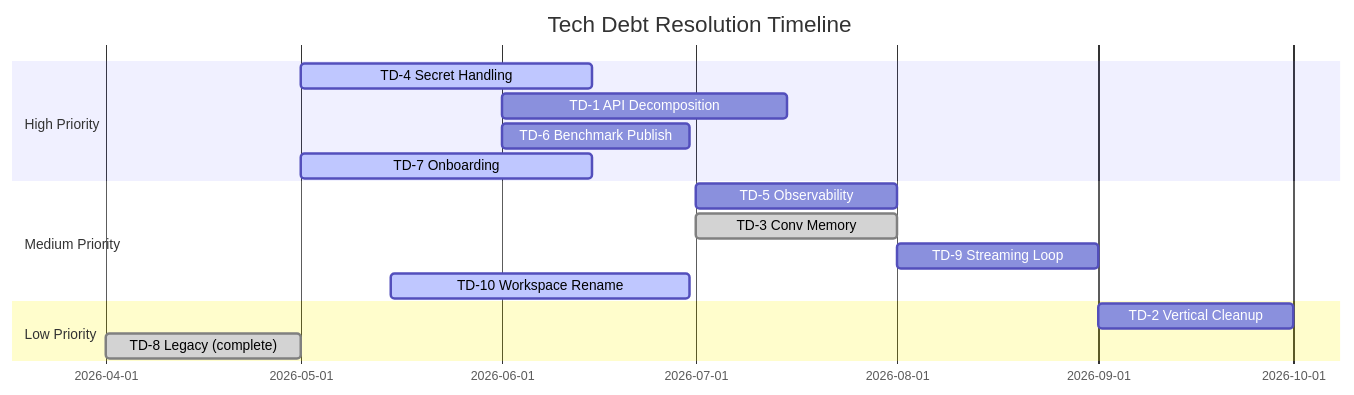
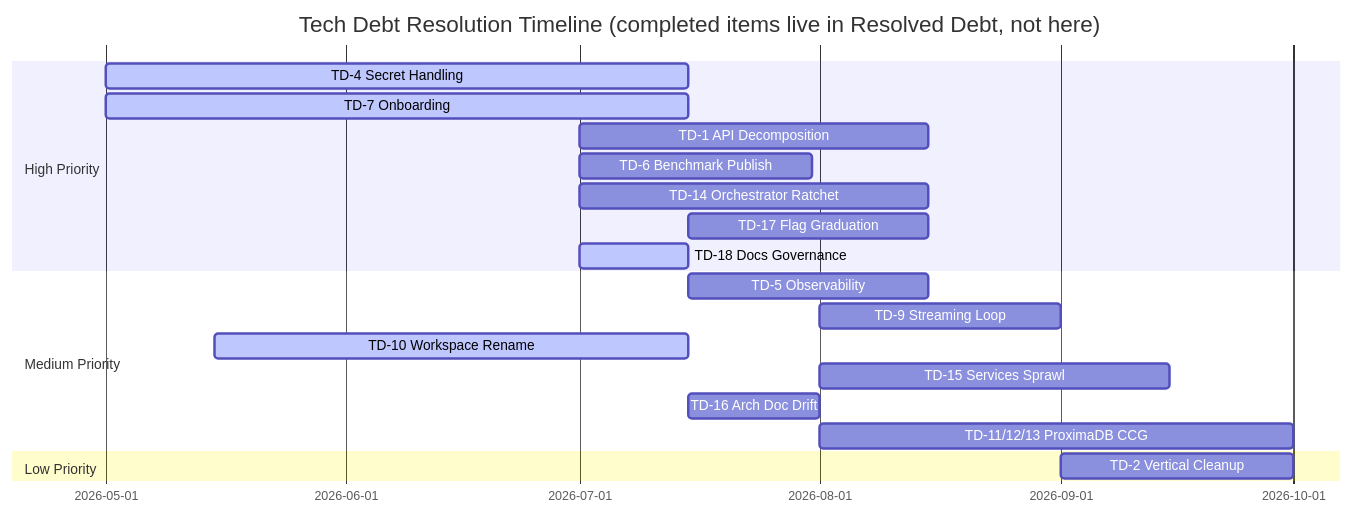
The fourth of 4 diagrams in docs/tech-stack.md (vjsingh1984/victor), drawn with Mermaid before and after one commit. The commit also changed other lines of this file and 9 other files, not shown here.

First line of the commit message:
docs(governance): reconcile ADR index/statuses and tech-debt register with reality; restore canonical roadmap

````diff
--- a/docs/tech-stack.md
+++ b/docs/tech-stack.md
@@ -241,18 +264,22 @@
 ```mermaid
 gantt
-    title Tech Debt Resolution Timeline
+    title Tech Debt Resolution Timeline (completed items live in Resolved Debt, not here)
     dateFormat YYYY-MM-DD
     section High Priority
-        TD-4 Secret Handling     :active, a1, 2026-05-01, 2026-06-15
-        TD-1 API Decomposition   : a2, 2026-06-01, 2026-07-15
-        TD-6 Benchmark Publish   : a3, 2026-06-01, 2026-06-30
-        TD-7 Onboarding          :active, a4, 2026-05-01, 2026-06-15
+        TD-4 Secret Handling     :active, a1, 2026-05-01, 2026-07-15
+        TD-7 Onboarding          :active, a2, 2026-05-01, 2026-07-15
+        TD-1 API Decomposition   : a3, 2026-07-01, 2026-08-15
+        TD-6 Benchmark Publish   : a4, 2026-07-01, 2026-07-31
+        TD-14 Orchestrator Ratchet : a5, 2026-07-01, 2026-08-15
+        TD-17 Flag Graduation    : a6, 2026-07-15, 2026-08-15
+        TD-18 Docs Governance    :active, a7, 2026-07-01, 2026-07-15
     section Medium Priority
-        TD-5 Observability       : b1, 2026-07-01, 2026-08-01
-        TD-3 Conv Memory         :done, b2, 2026-07-01, 2026-08-01
-        TD-9 Streaming Loop      : b3, 2026-08-01, 2026-09-01
-        TD-10 Workspace Rename   :active, b4, 2026-05-15, 2026-06-30
+        TD-5 Observability       : b1, 2026-07-15, 2026-08-15
+        TD-9 Streaming Loop      : b2, 2026-08-01, 2026-09-01
+        TD-10 Workspace Rename   :active, b3, 2026-05-15, 2026-07-15
+        TD-15 Services Sprawl    : b4, 2026-08-01, 2026-09-15
+        TD-16 Arch Doc Drift     : b5, 2026-07-15, 2026-08-01
+        TD-11/12/13 ProximaDB CCG : b6, 2026-08-01, 2026-10-01
     section Low Priority
         TD-2 Vertical Cleanup    : c1, 2026-09-01, 2026-10-01
-        TD-8 Legacy (complete)   :done, c2, 2026-04-01, 2026-05-01
 ```
````
